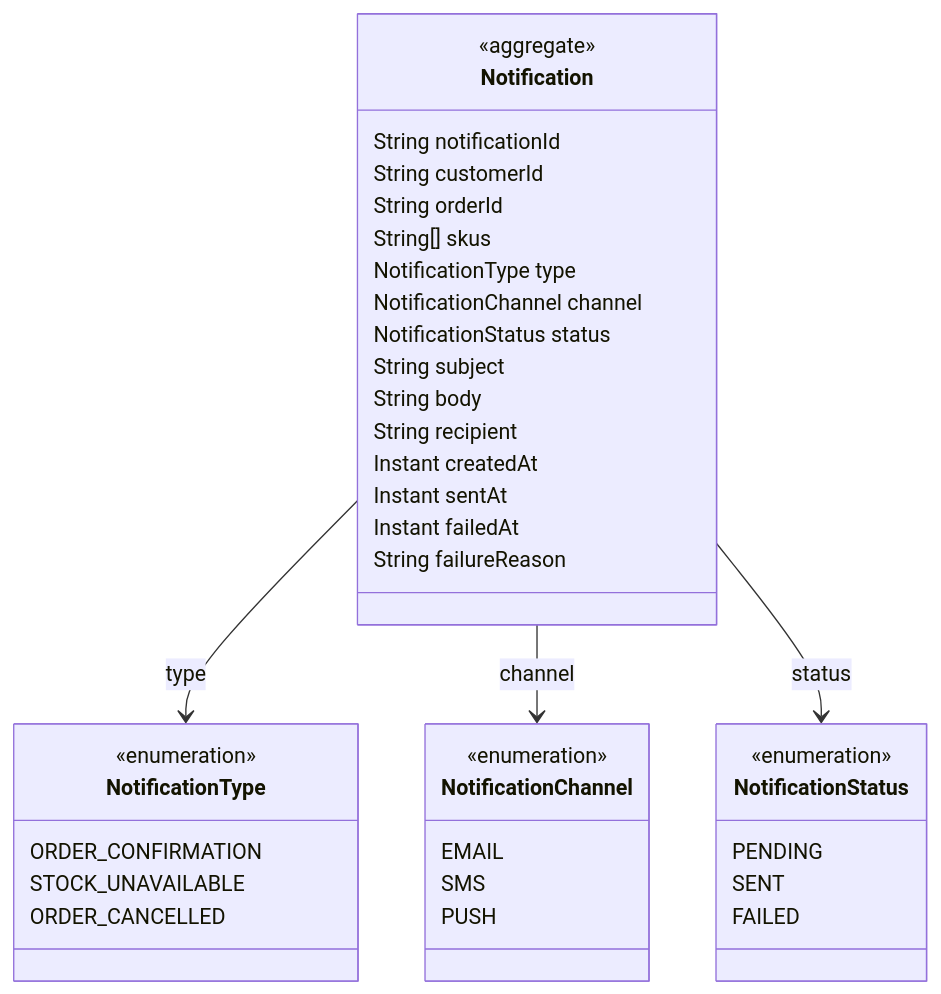
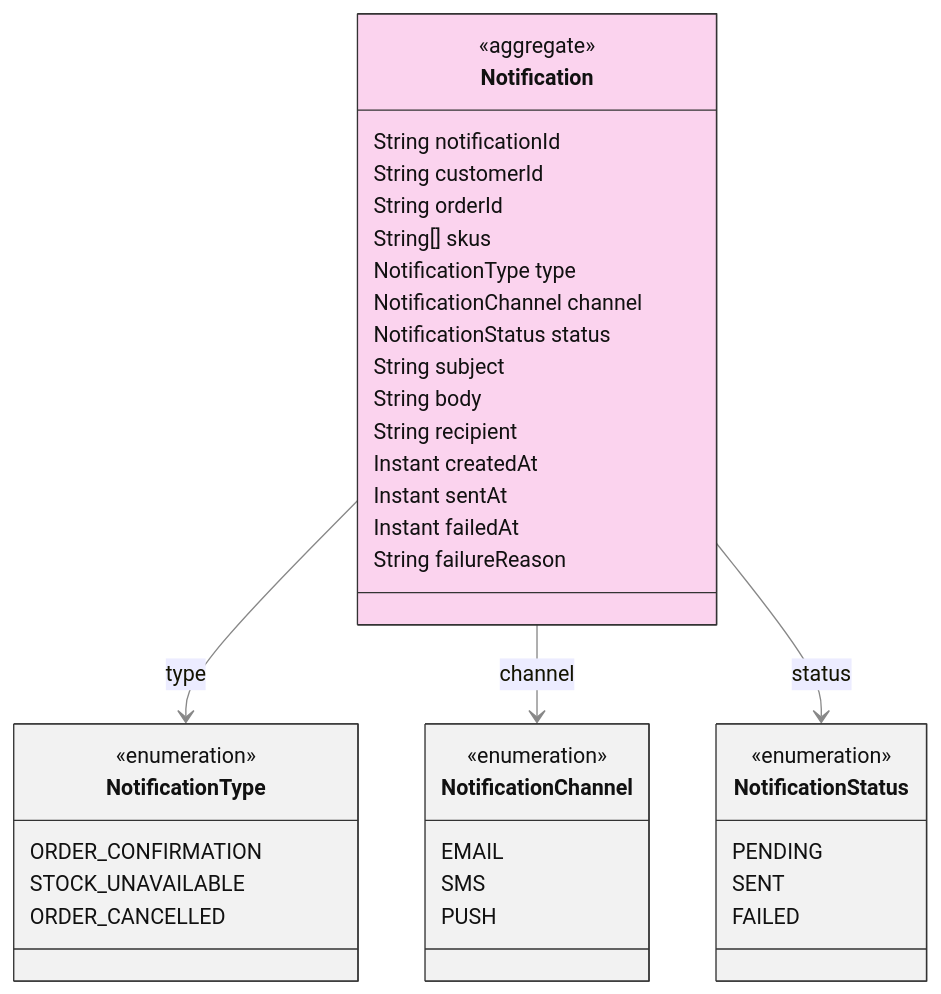
Before and after one commit to ZenWave360/dsl-kotlin: the third of 4 diagrams in dsl-docs/src/commonTest/resources/snapshots/arcadia-modulith/modules/notifications-consumer.md, drawn with Mermaid. The commit also changed other lines of this file and 21 other files, not shown here.

Commit message:
feat(views): event class diagrams, light class diagram styling, command adapters

````diff
--- a/dsl-docs/src/commonTest/resources/snapshots/arcadia-modulith/modules/notifications-consumer.md
+++ b/dsl-docs/src/commonTest/resources/snapshots/arcadia-modulith/modules/notifications-consumer.md
@@ -106,41 +124,52 @@
 ```mermaid
+---
+config:
+  theme: default
+  themeVariables:
+    lineColor: "#888888"
+    edgeLabelBackground: "#ffffff"
+---
 classDiagram
     class Notification {
         <<aggregate>>
         String notificationId
         String customerId
         String orderId
         String[] skus
         NotificationType type
         NotificationChannel channel
         NotificationStatus status
         String subject
         String body
         String recipient
         Instant createdAt
         Instant sentAt
         Instant failedAt
         String failureReason
     }
     class NotificationType {
         <<enumeration>>
         ORDER_CONFIRMATION
         STOCK_UNAVAILABLE
         ORDER_CANCELLED
     }
     class NotificationChannel {
         <<enumeration>>
         EMAIL
         SMS
         PUSH
     }
     class NotificationStatus {
         <<enumeration>>
         PENDING
         SENT
         FAILED
     }
     Notification --> NotificationType : type
     Notification --> NotificationChannel : channel
     Notification --> NotificationStatus : status
+    style Notification fill:#fbd3ee,stroke:#333333,color:#111111
+    style NotificationType fill:#f2f2f2,stroke:#333333,color:#111111
+    style NotificationChannel fill:#f2f2f2,stroke:#333333,color:#111111
+    style NotificationStatus fill:#f2f2f2,stroke:#333333,color:#111111
 ```
````
